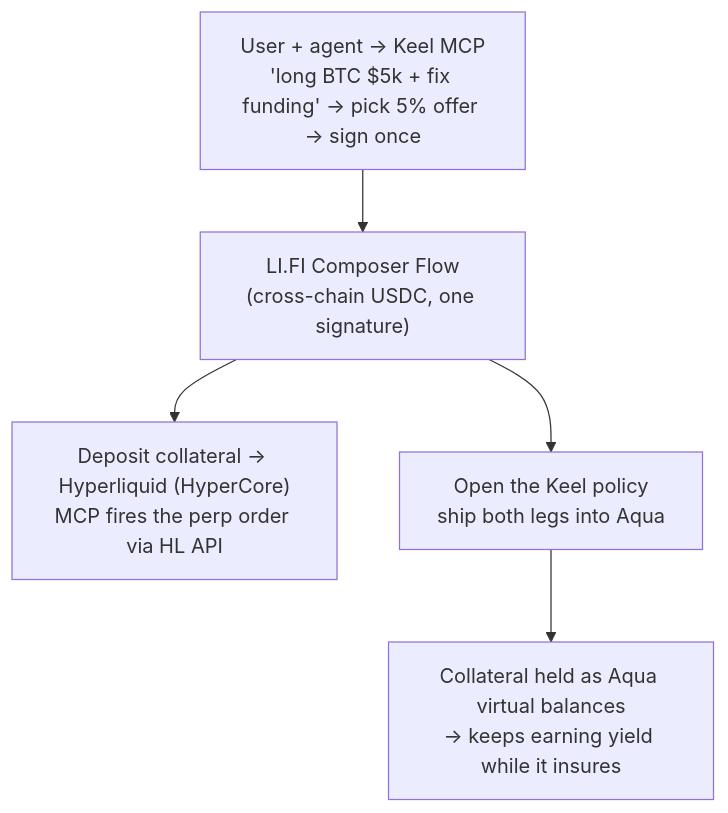
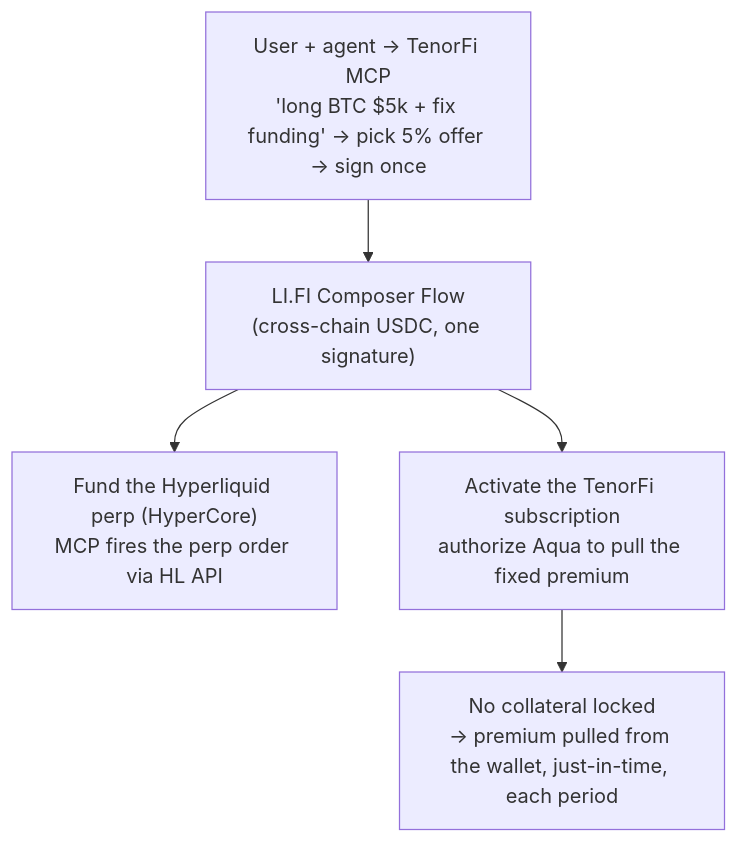
Before and after one commit to 0xYudhishthra/TenorFi: the first of 3 diagrams in docs/flows.md, drawn with Mermaid. The commit also changed other lines of this file and 6 other files, not shown here.

First line of the commit message:
docs: rebrand Keel → TenorFi + reframe narrative as the interest-rate swap for perps

````diff
--- a/docs/flows.md
+++ b/docs/flows.md
@@ -108,7 +116,7 @@
 ```mermaid
 flowchart TB
-    AGENT["User + agent → Keel MCP<br/>'long BTC $5k + fix funding' → pick 5% offer → sign once"] --> FLOW["LI.FI Composer Flow<br/>(cross-chain USDC, one signature)"]
-    FLOW --> HL["Deposit collateral → Hyperliquid (HyperCore)<br/>MCP fires the perp order via HL API"]
-    FLOW --> KEEL["Open the Keel policy<br/>ship both legs into Aqua"]
-    KEEL --> AQUA["Collateral held as Aqua virtual balances<br/>→ keeps earning yield while it insures"]
+    AGENT["User + agent → TenorFi MCP<br/>'long BTC $5k + fix funding' → pick 5% offer → sign once"] --> FLOW["LI.FI Composer Flow<br/>(cross-chain USDC, one signature)"]
+    FLOW --> HL["Fund the Hyperliquid perp (HyperCore)<br/>MCP fires the perp order via HL API"]
+    FLOW --> TENORFI["Activate the TenorFi subscription<br/>authorize Aqua to pull the fixed premium"]
+    TENORFI --> WALLET["No collateral locked<br/>→ premium pulled from the wallet, just-in-time, each period"]
 ```
````
